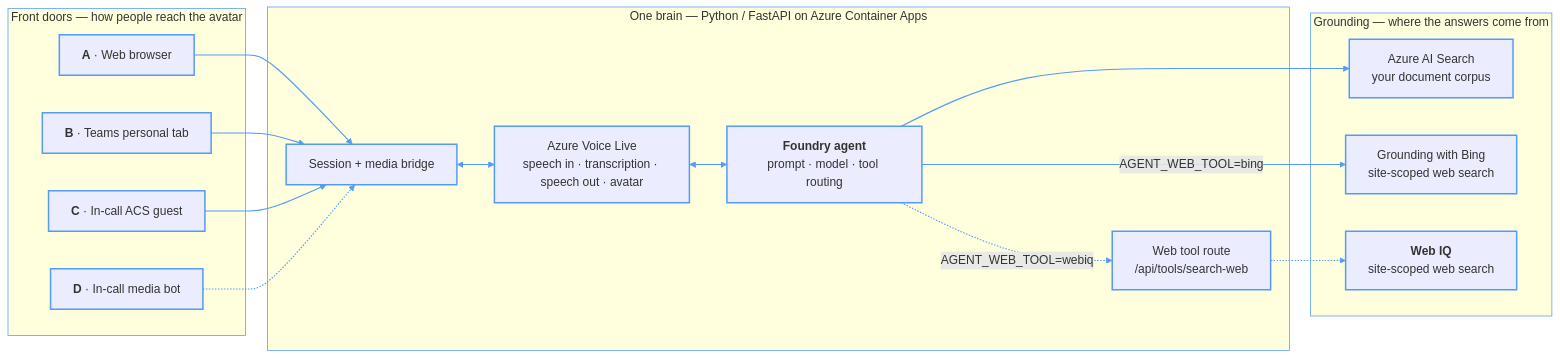
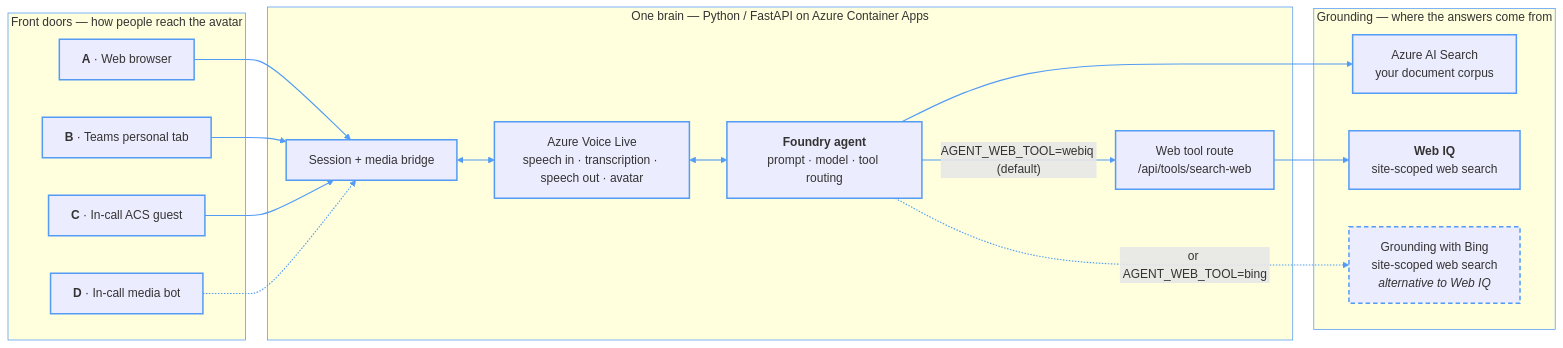
Before and after one commit to SridharArrabelly/avatar-forge: the first of 2 diagrams in README.md, drawn with Mermaid. The commit also changed other lines of this file and 25 other files, not shown here.

First line of the commit message:
Make Web IQ the agent's default web tool; existing environments keep Bing

````diff
--- a/README.md
+++ b/README.md
@@ -41,41 +41,44 @@
 ```mermaid
 flowchart LR
     subgraph Doors["Front doors — how people reach the avatar"]
         A["<b>A</b> · Web browser"]
         B["<b>B</b> · Teams personal tab"]
         C["<b>C</b> · In-call ACS guest"]
         D["<b>D</b> · In-call media bot"]
     end
 
     subgraph Brain["One brain — Python / FastAPI on Azure Container Apps"]
         API["Session + media bridge"]
         VL["Azure Voice Live<br/>speech in · transcription · speech out · avatar"]
         AG["<b>Foundry agent</b><br/>prompt · model · tool routing"]
         WT["Web tool route<br/>/api/tools/search-web"]
         API <--> VL
         VL <--> AG
     end
 
     subgraph Ground["Grounding — where the answers come from"]
         S["Azure AI Search<br/>your document corpus"]
-        N["Grounding with Bing<br/>site-scoped web search"]
         W["<b>Web IQ</b><br/>site-scoped web search"]
+        N["Grounding with Bing<br/>site-scoped web search<br/><i>alternative to Web IQ</i>"]
     end
 
     A --> API
     B --> API
     C --> API
     D -.-> API
     AG --> S
-    AG -->|"AGENT_WEB_TOOL=bing"| N
-    AG -.->|"AGENT_WEB_TOOL=webiq"| WT
-    WT -.-> W
+    AG -->|"AGENT_WEB_TOOL=webiq (default)"| WT
+    WT --> W
+    AG -.->|"or AGENT_WEB_TOOL=bing"| N
 
     %% Only the stroke is pinned. Fill and text stay with the renderer's theme,
     %% so this reads correctly in GitHub's light and dark modes alike.
     classDef default stroke:#539bf5,stroke-width:2px
+    %% Dashed: the agent gets Web IQ OR Bing, never both.
+    classDef alternative stroke:#539bf5,stroke-width:2px,stroke-dasharray:6 4
+    class N alternative
     linkStyle default stroke:#539bf5,stroke-width:1.5px
     style Doors stroke:#539bf5
     style Brain stroke:#539bf5
     style Ground stroke:#539bf5
 ```
````
